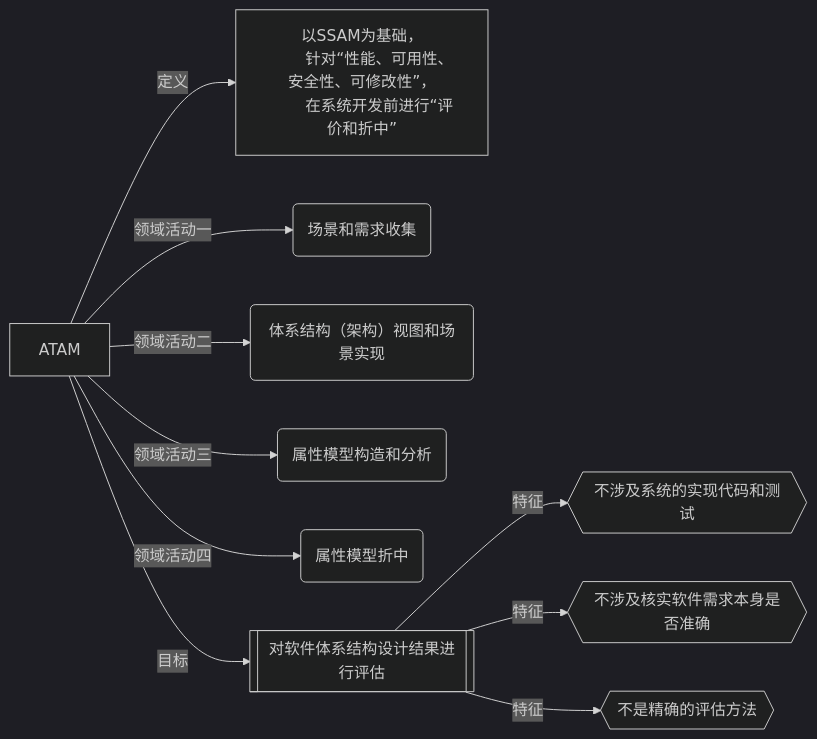
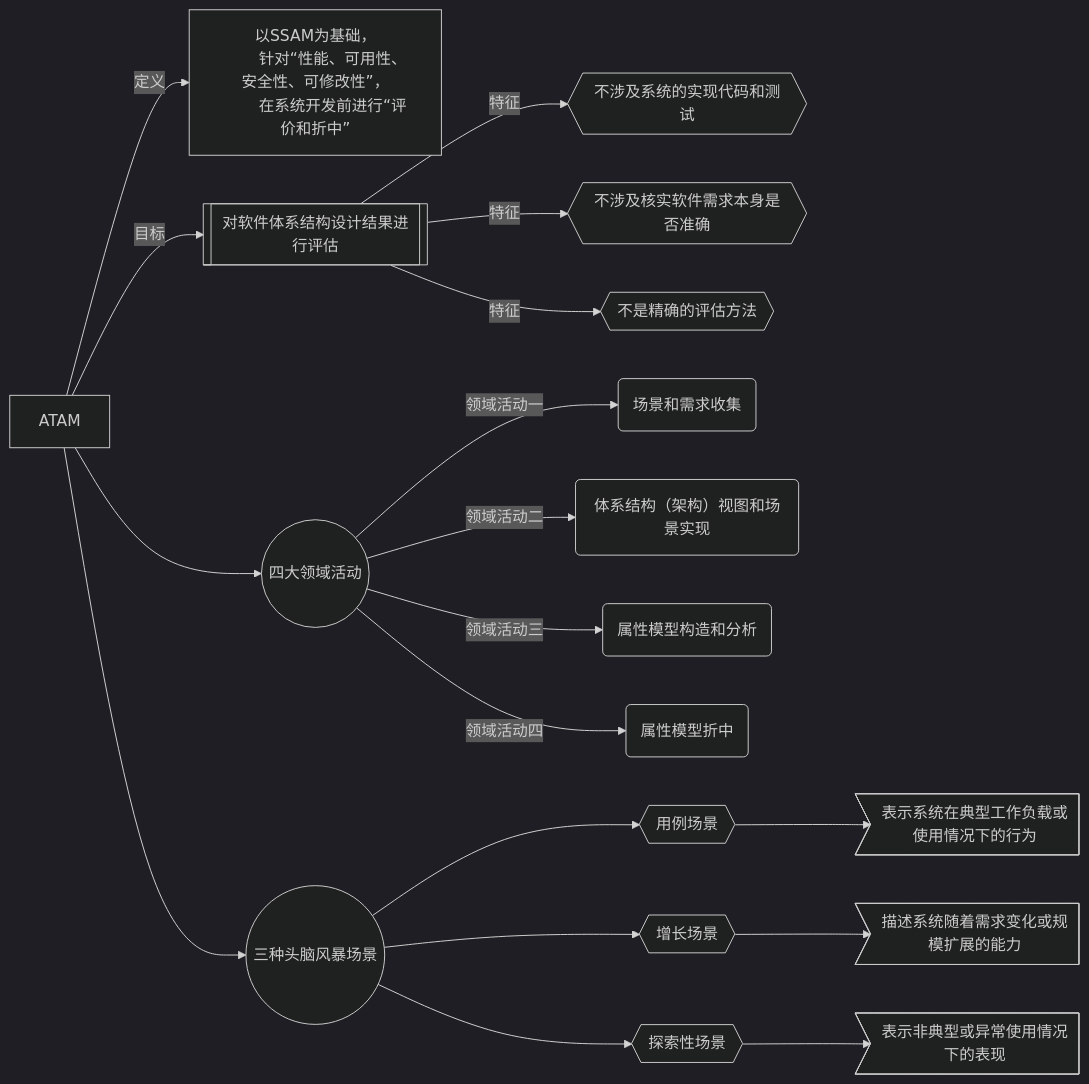
One commit to 290044632/bookmark changed the first of 2 diagrams in 软考复习/ATAM&&SAAM.md. Above: the diagram before and after it, drawn with Mermaid (dark theme). The commit also changed 1 other file, not shown here.

Commit message:
更新ATAM&SAAM

````diff
--- a/软考复习/ATAM&&SAAM.md
+++ b/软考复习/ATAM&&SAAM.md
@@ -7,15 +7,23 @@
 ```mermaid
 flowchart LR
 A["ATAM"]
 A-->|定义|B["以SSAM为基础，
        针对“性能、可用性、安全性、可修改性”，
        在系统开发前进行“评价和折中”"]
-A-->|领域活动一|C("场景和需求收集")
-A-->|领域活动二|D("体系结构（架构）视图和场景实现")
-A-->|领域活动三|E("属性模型构造和分析")
-A-->|领域活动四|F("属性模型折中")
+
 A-->|目标|A1[["对软件体系结构设计结果进行评估"]]
 A1-->|特征|A11{{"不涉及系统的实现代码和测试"}}
 A1-->|特征|A12{{"不涉及核实软件需求本身是否准确"}}
 A1-->|特征|A13{{"不是精确的评估方法"}}
+
+A-->A2(("四大领域活动"))
+A2-->|领域活动一|A21("场景和需求收集")
+A2-->|领域活动二|A22("体系结构（架构）视图和场景实现")
+A2-->|领域活动三|A23("属性模型构造和分析")
+A2-->|领域活动四|A24("属性模型折中")
+
+A-->A3(("三种头脑风暴场景"))
+A3-->A31{{"用例场景"}}-->A311>"表示系统在典型工作负载或使用情况下的行为"]
+A3-->A32{{"增长场景"}}-->A321>"描述系统随着需求变化或规模扩展的能力"]
+A3-->A33{{"探索性场景"}}-->A331>"表示非典型或异常使用情况下的表现"]
 ```
````
